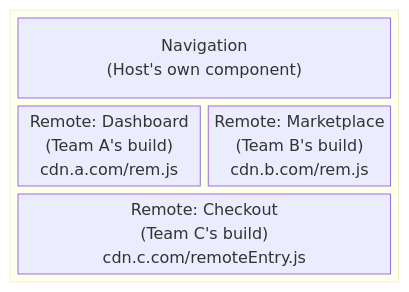
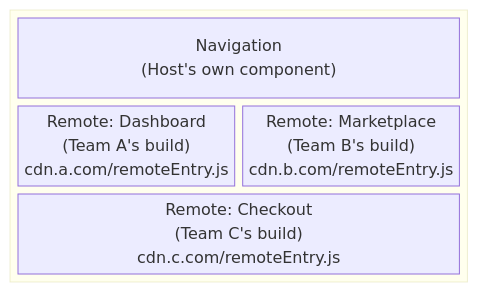
The diagram in apps/tutorial/src/content/29-module-federation.mdx (adamhake/eigen), drawn with Mermaid before and after one commit. The commit also changed other lines of this file and 42 other files, not shown here.

````diff
--- a/apps/tutorial/src/content/29-module-federation.mdx
+++ b/apps/tutorial/src/content/29-module-federation.mdx
@@ -23,11 +22,11 @@
 ```mermaid
 block-beta
   columns 2
   block:host:2
     columns 2
     Nav["Navigation\n(Host's own component)"]:2
-    Dashboard["Remote: Dashboard\n(Team A's build)\ncdn.a.com/rem.js"]
-    Marketplace["Remote: Marketplace\n(Team B's build)\ncdn.b.com/rem.js"]
+    Dashboard["Remote: Dashboard\n(Team A's build)\ncdn.a.com/remoteEntry.js"]
+    Marketplace["Remote: Marketplace\n(Team B's build)\ncdn.b.com/remoteEntry.js"]
     Checkout["Remote: Checkout\n(Team C's build)\ncdn.c.com/remoteEntry.js"]:2
   end
 ```
````
